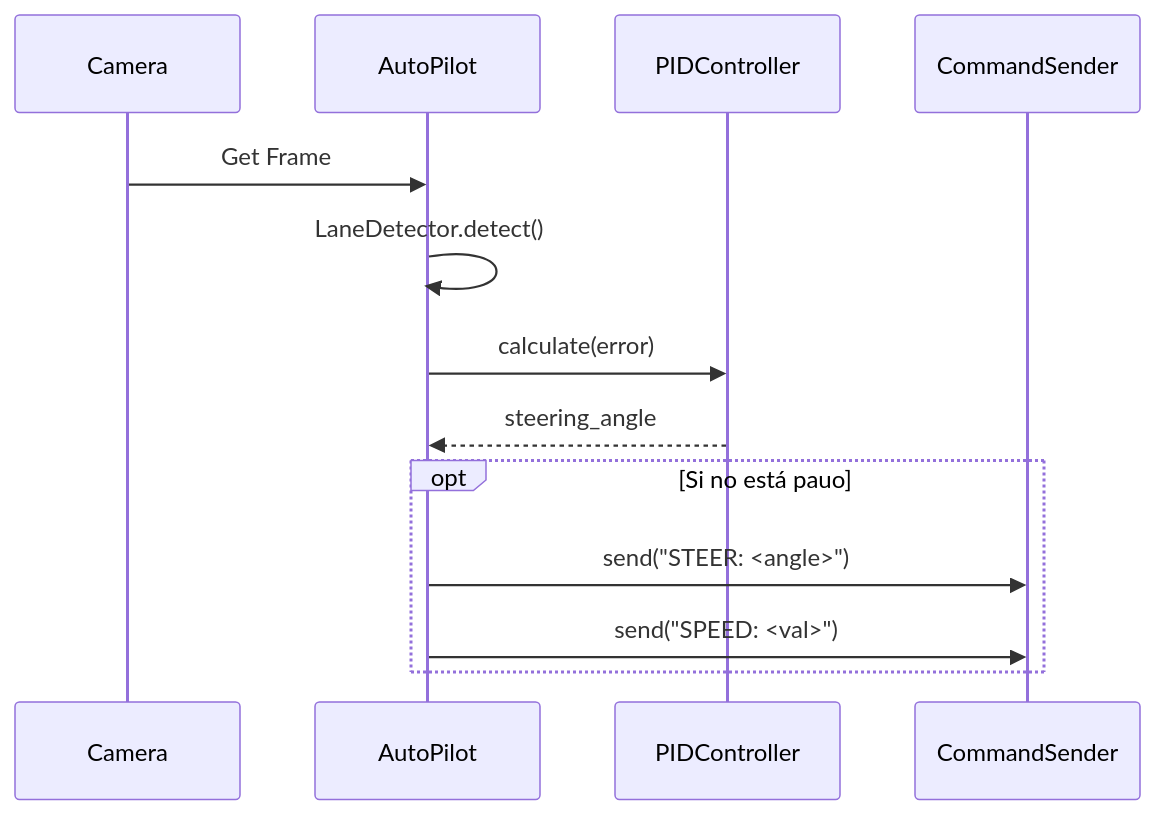
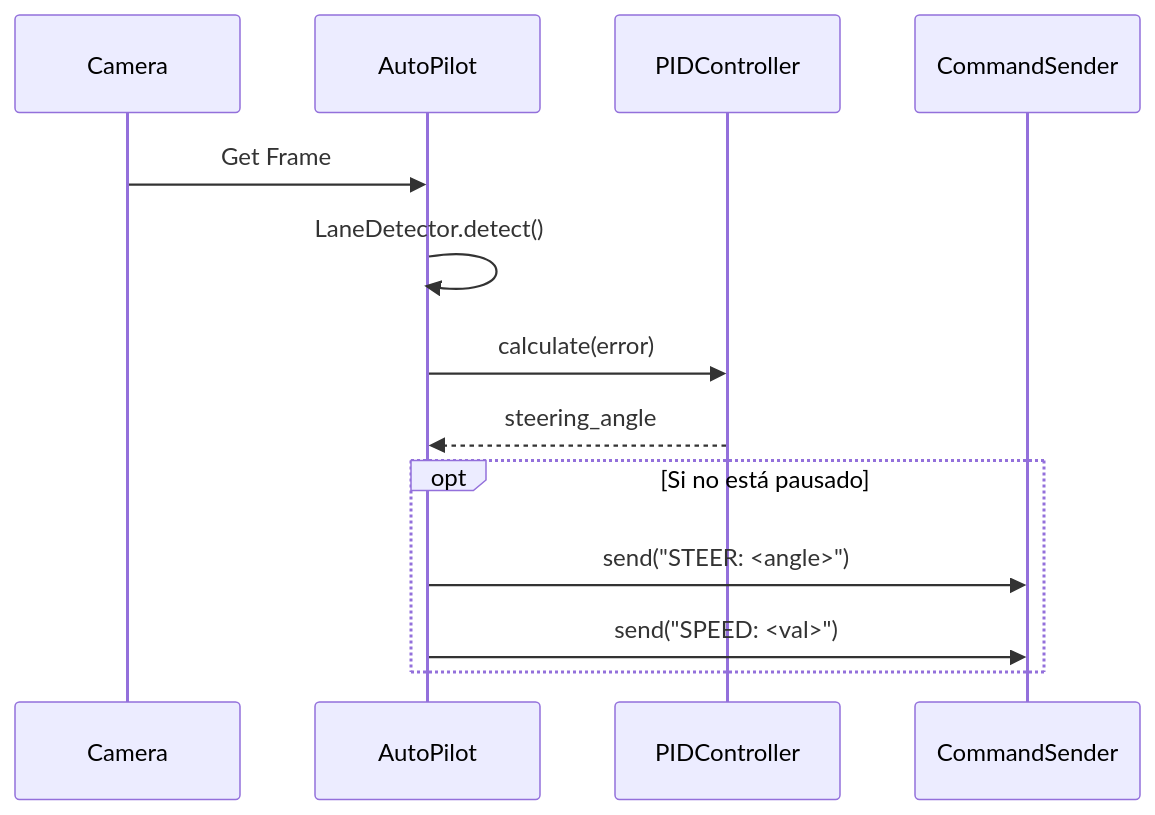
The second of 3 diagrams in README.md (fongarciav/Equipo2024-brain), drawn with Mermaid before and after one commit. The commit also changed other lines of this file, not shown here.

````diff
--- a/README.md
+++ b/README.md
@@ -125,17 +122,17 @@
 ```mermaid
 sequenceDiagram
     participant Cam as Camera
     participant Auto as AutoPilot
     participant PID as PIDController
     participant Serial as CommandSender
 
     Cam->>Auto: Get Frame
     Auto->>Auto: LaneDetector.detect()
     Auto->>PID: calculate(error)
     PID-->>Auto: steering_angle
     
-    opt Si no está pauo
+    opt Si no está pausado
         Auto->>Serial: send("STEER: <angle>")
         Auto->>Serial: send("SPEED: <val>")
     end
 ```
````
